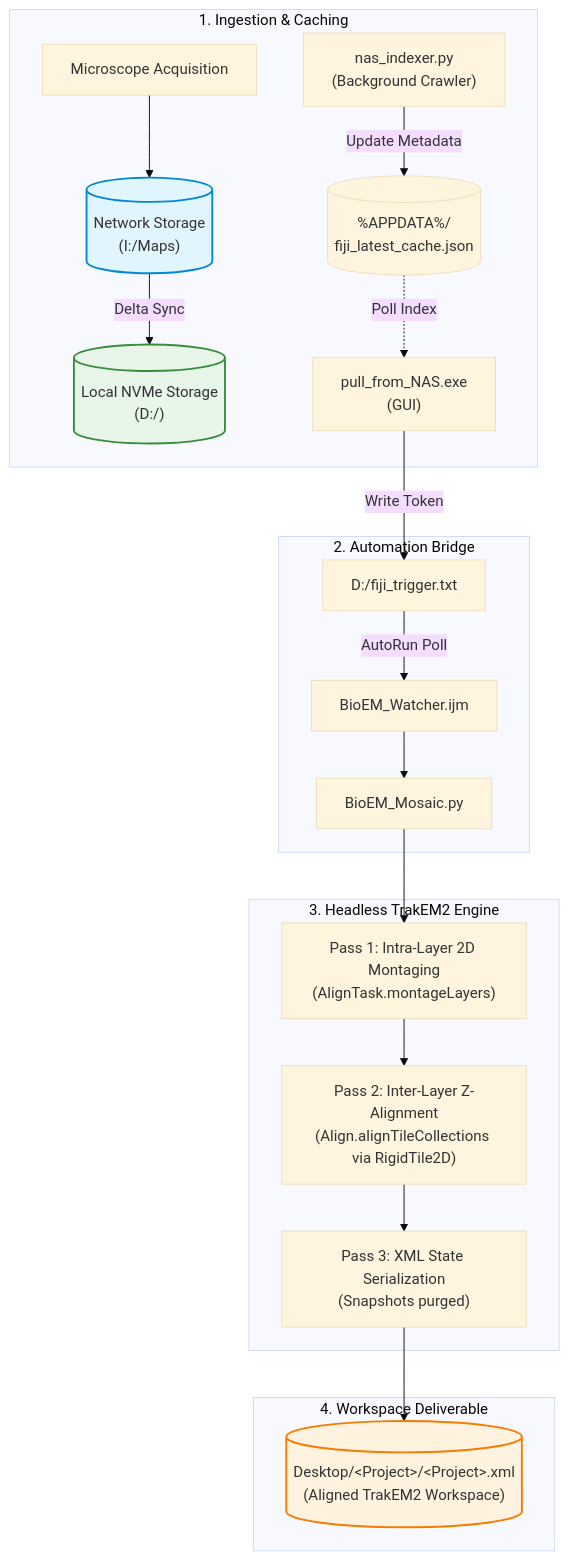
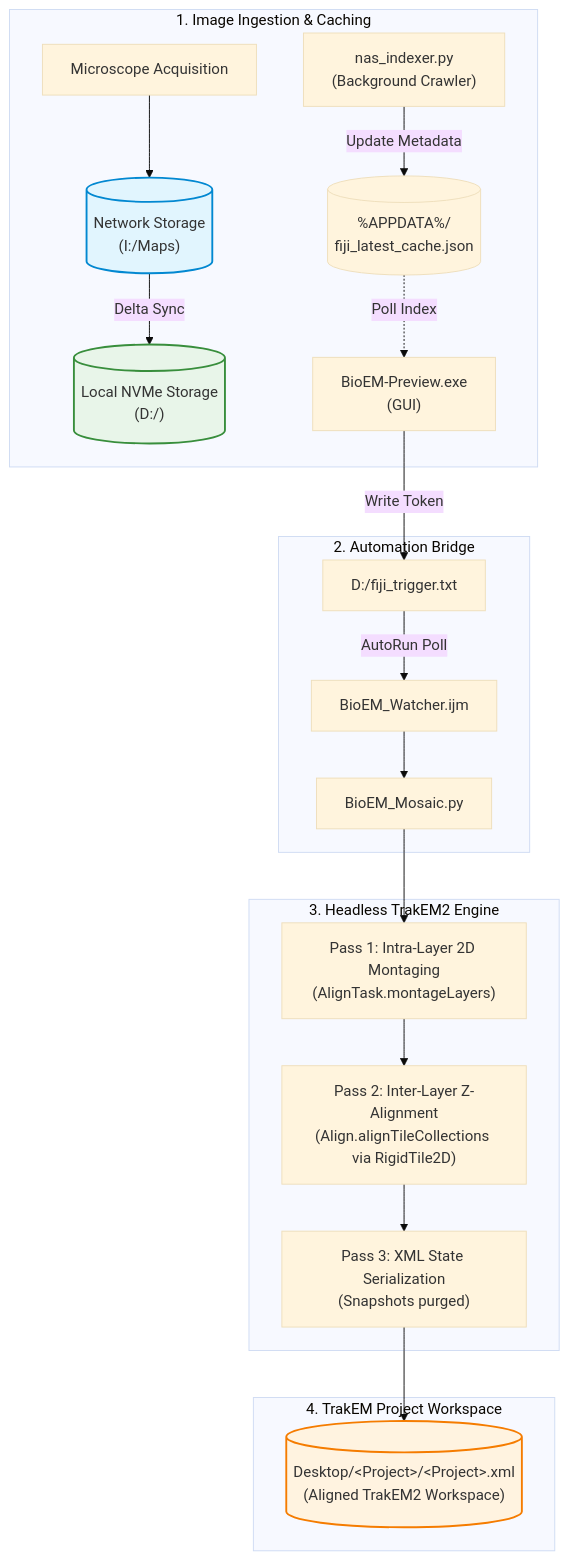
The diagram in README.md (leekslk/BioEM-Preview), drawn with Mermaid (base theme) before and after one commit. The commit also changed other lines of this file, not shown here.

````diff
--- a/README.md
+++ b/README.md
@@ -19,29 +19,29 @@
 ```mermaid
 flowchart TD
-    subgraph Storage [" 1. Ingestion & Caching "]
+    subgraph Storage [" 1. Image Ingestion & Caching "]
         EM["Microscope Acquisition"] --> NAS[("Network Storage<br/>(I:/Maps)")]
         NAS -->|"Delta Sync"| SSD[("Local NVMe Storage<br/>(D:/)")]
         Indexer["nas_indexer.py<br/>(Background Crawler)"] -->|"Update Metadata"| Cache[("%APPDATA%/<br/>fiji_latest_cache.json")]
-        Cache -.->|"Poll Index"| UI["pull_from_NAS.exe<br/>(GUI)"]
+        Cache -.->|"Poll Index"| UI["BioEM-Preview.exe<br/>(GUI)"]
     end
 
     subgraph Automation [" 2. Automation Bridge "]
         UI -->|"Write Token"| Trig["D:/fiji_trigger.txt"]
         Trig -->|"AutoRun Poll"| Watcher["BioEM_Watcher.ijm"]
         Watcher --> Script["BioEM_Mosaic.py"]
     end
 
     subgraph Processing [" 3. Headless TrakEM2 Engine "]
         Script --> P1["Pass 1: Intra-Layer 2D Montaging<br/>(AlignTask.montageLayers)"]
         P1 --> P2["Pass 2: Inter-Layer Z-Alignment<br/>(Align.alignTileCollections via RigidTile2D)"]
         P2 --> P3["Pass 3: XML State Serialization<br/>(Snapshots purged)"]
     end
 
-    subgraph Output [" 4. Workspace Deliverable "]
+    subgraph Output [" 4. TrakEM Project Workspace "]
         P3 --> XML[("Desktop/&lt;Project&gt;/&lt;Project&gt;.xml<br/>(Aligned TrakEM2 Workspace)")]
     end
 
     style NAS fill:#e1f5fe,stroke:#0288d1,stroke-width:2px
     style SSD fill:#e8f5e9,stroke:#388e3c,stroke-width:2px
     style XML fill:#fff3e0,stroke:#f57c00,stroke-width:2px
 ```
````
